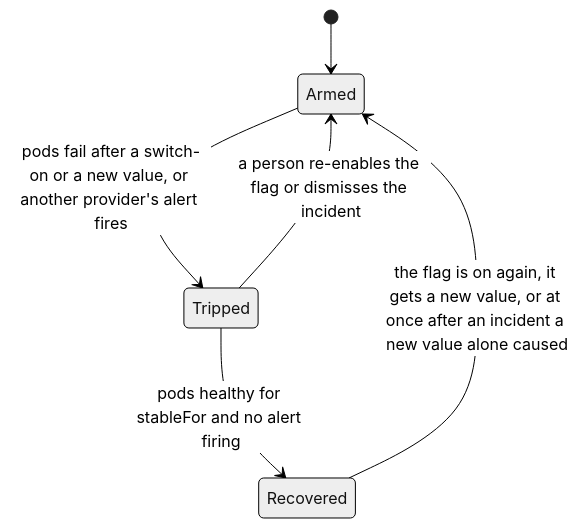
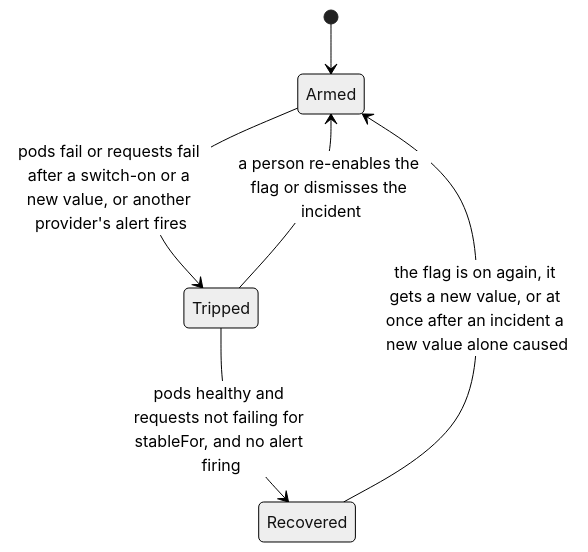
Before and after one commit to Pradyuman-aviator/flagbreaker: the diagram in README.md, drawn with Mermaid (neutral theme). The commit also changed other lines of this file and 4 other files, not shown here.

First line of the commit message:
docs: describe tripping on failing requests

````diff
--- a/README.md
+++ b/README.md
@@ -254,8 +348,8 @@
 ```mermaid
 stateDiagram-v2
   [*] --> Armed
-  Armed --> Tripped: pods fail after a switch-on or a new value, or another provider's alert fires
-  Tripped --> Recovered: pods healthy for stableFor and no alert firing
+  Armed --> Tripped: pods fail or requests fail after a switch-on or a new value, or another provider's alert fires
+  Tripped --> Recovered: pods healthy and requests not failing for stableFor, and no alert firing
   Tripped --> Armed: a person re-enables the flag or dismisses the incident
   Recovered --> Armed: the flag is on again, it gets a new value, or at once after an incident a new value alone caused
 ```
````
